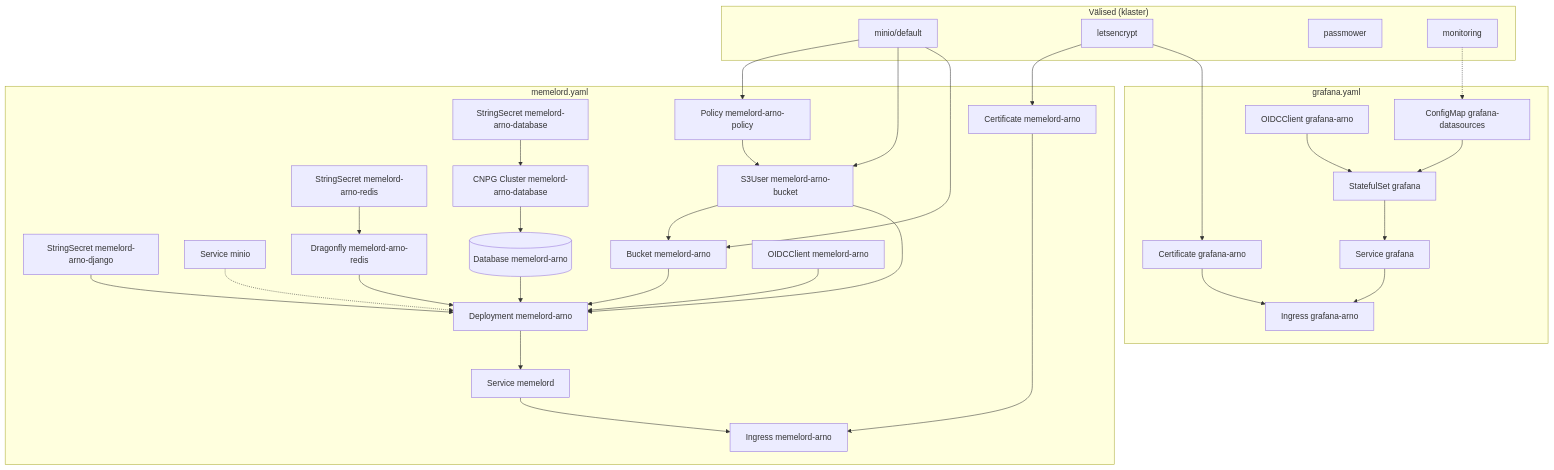
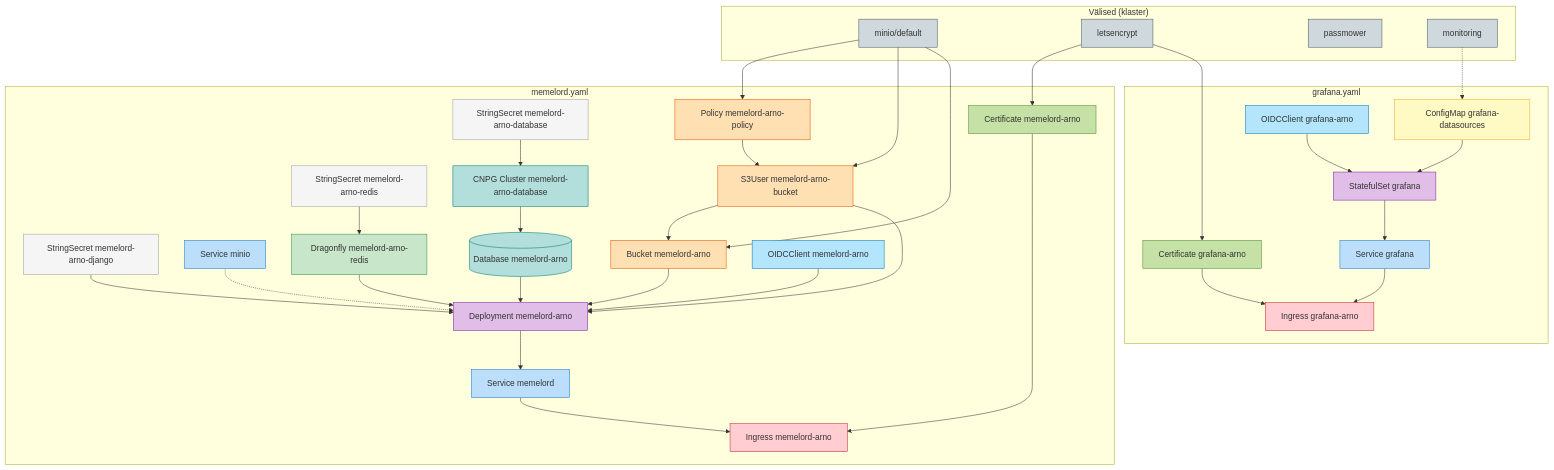
Before and after one commit to alfakilo87/memelord-arno: the diagram in README.md, drawn with Mermaid.

Commit message:
Update manifests and README

````diff
--- a/README.md
+++ b/README.md
@@ -82,4 +82,28 @@
     SVC_gr --> ING_gr
     CERT_gr --> ING_gr
     MON -.-> CM
+
+    classDef stringSecret fill:#f5f5f5,stroke:#9e9e9e
+    classDef service fill:#bbdefb,stroke:#1976d2
+    classDef dragonfly fill:#c8e6c9,stroke:#388e3c
+    classDef cnpg fill:#b2dfdb,stroke:#00796b
+    classDef s3 fill:#ffe0b2,stroke:#e65100
+    classDef workload fill:#e1bee7,stroke:#7b1fa2
+    classDef configmap fill:#fff9c4,stroke:#f9a825
+    classDef certificate fill:#c5e1a5,stroke:#558b2f
+    classDef ingress fill:#ffcdd2,stroke:#c62828
+    classDef oidc fill:#b3e5fc,stroke:#0277bd
+    classDef external fill:#cfd8dc,stroke:#455a64
+
+    class SS_redis,SS_django,SS_db stringSecret
+    class SVC_minio,SVC_ml,SVC_gr service
+    class DRAG dragonfly
+    class CNPG,DB cnpg
+    class POL,S3U,BUCK s3
+    class DEP,STS workload
+    class CM configmap
+    class CERT_ml,CERT_gr certificate
+    class ING_ml,ING_gr ingress
+    class OIDC_ml,OIDC_gr oidc
+    class MINIO,LE,PM,MON external
 ```
````
